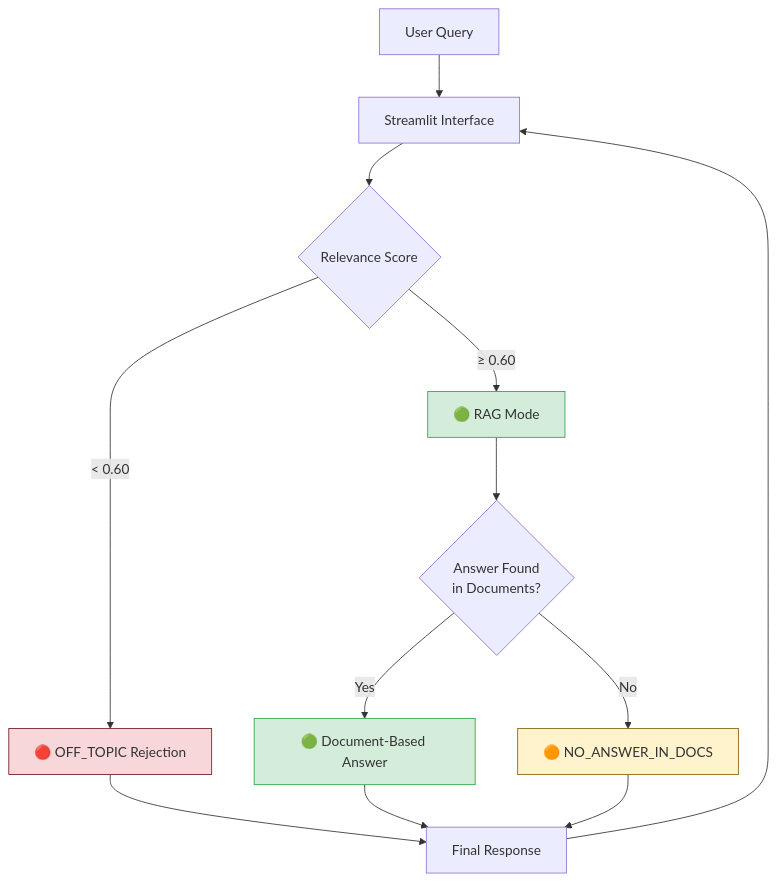
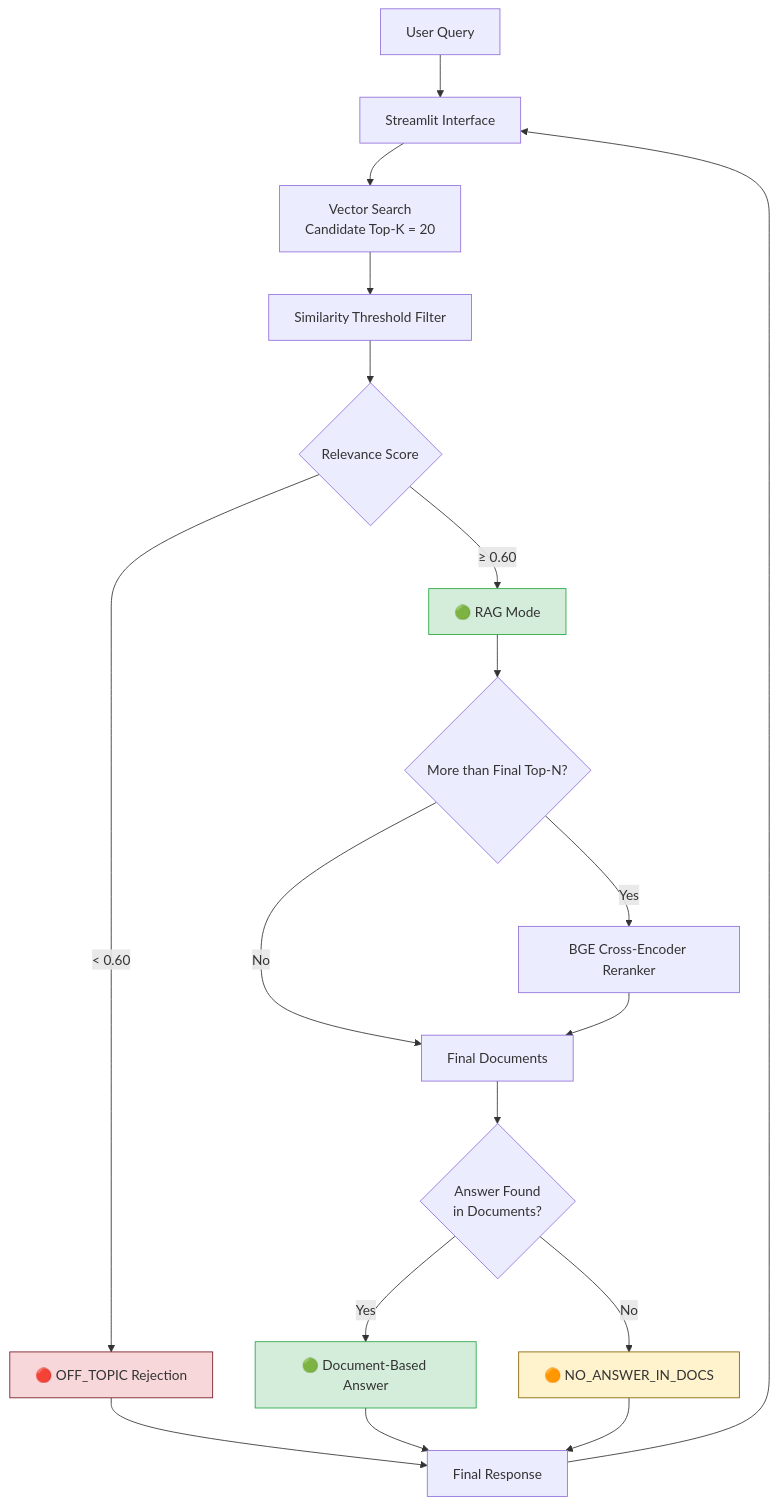
Before and after one commit to ChangYeongJeong1103/oled-assistant: the diagram in README.md, drawn with Mermaid. The commit also changed other lines of this file and 10 other files, not shown here.

````diff
--- a/README.md
+++ b/README.md
@@ -102,23 +103,30 @@
 ```mermaid
 graph TD
     User[User Query] --> UI[Streamlit Interface]
-    UI --> Scorer{Relevance Score}
+    UI --> VectorSearch[Vector Search<br/>Candidate Top-K = 20]
+    VectorSearch --> Filter[Similarity Threshold Filter]
+    Filter --> Scorer{Relevance Score}
     
     Scorer -->|"≥ 0.60"| RAG[🟢 RAG Mode]
     Scorer -->|"< 0.60"| Reject[🔴 OFF_TOPIC Rejection]
     
-    RAG --> Check{Answer Found<br/>in Documents?}
+    RAG --> Rerank{More than Final Top-N?}
+    Rerank -->|Yes| CrossEncoder[BGE Cross-Encoder Reranker]
+    Rerank -->|No| FinalDocs[Final Documents]
+    CrossEncoder --> FinalDocs
+    
+    FinalDocs --> Check{Answer Found<br/>in Documents?}
     
     Check -->|Yes| Answer[🟢 Document-Based Answer]
     Check -->|No| NoAnswer[🟠 NO_ANSWER_IN_DOCS]
     
     Reject --> Final[Final Response]
     Answer --> Final
     NoAnswer --> Final
     Final --> UI
     
     style RAG fill:#d4edda,stroke:#28a745
     style Answer fill:#d4edda,stroke:#28a745
     style NoAnswer fill:#fff3cd,stroke:#856404
     style Reject fill:#f8d7da,stroke:#721c24
 ```
````
